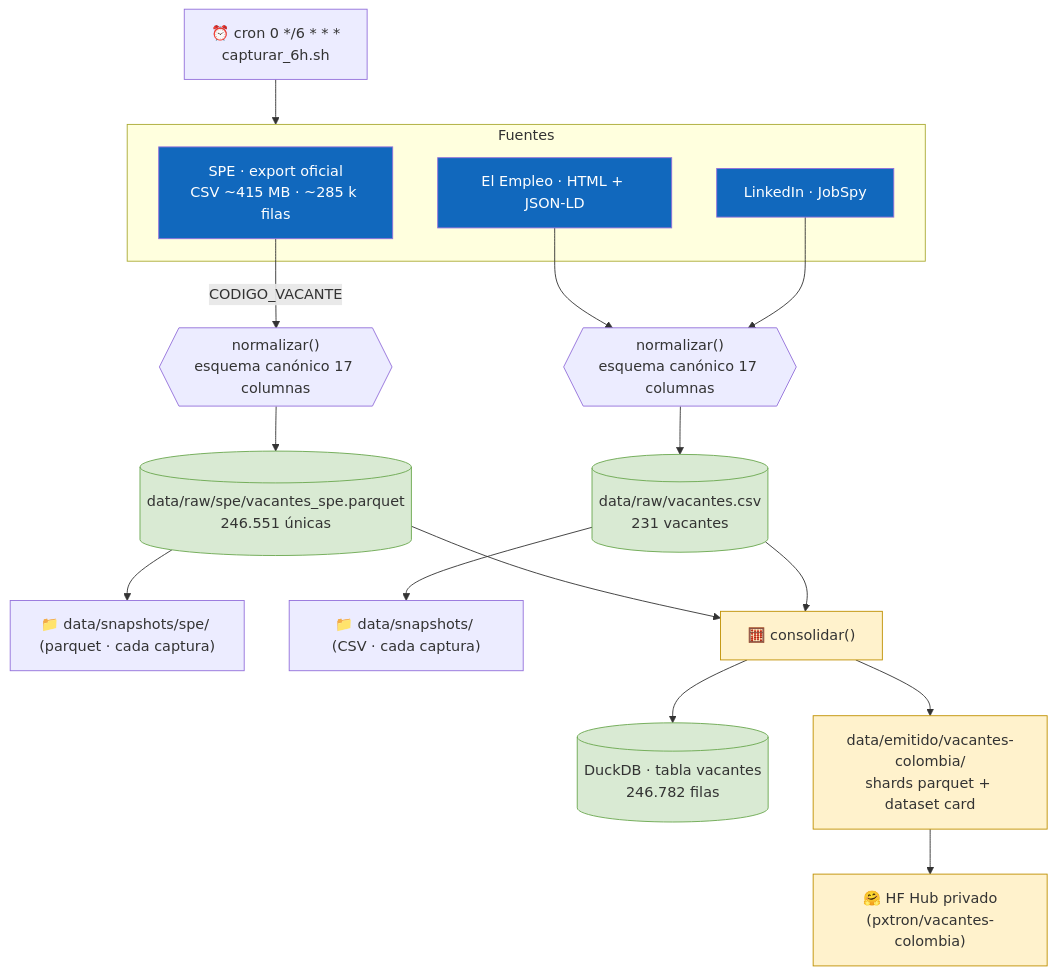
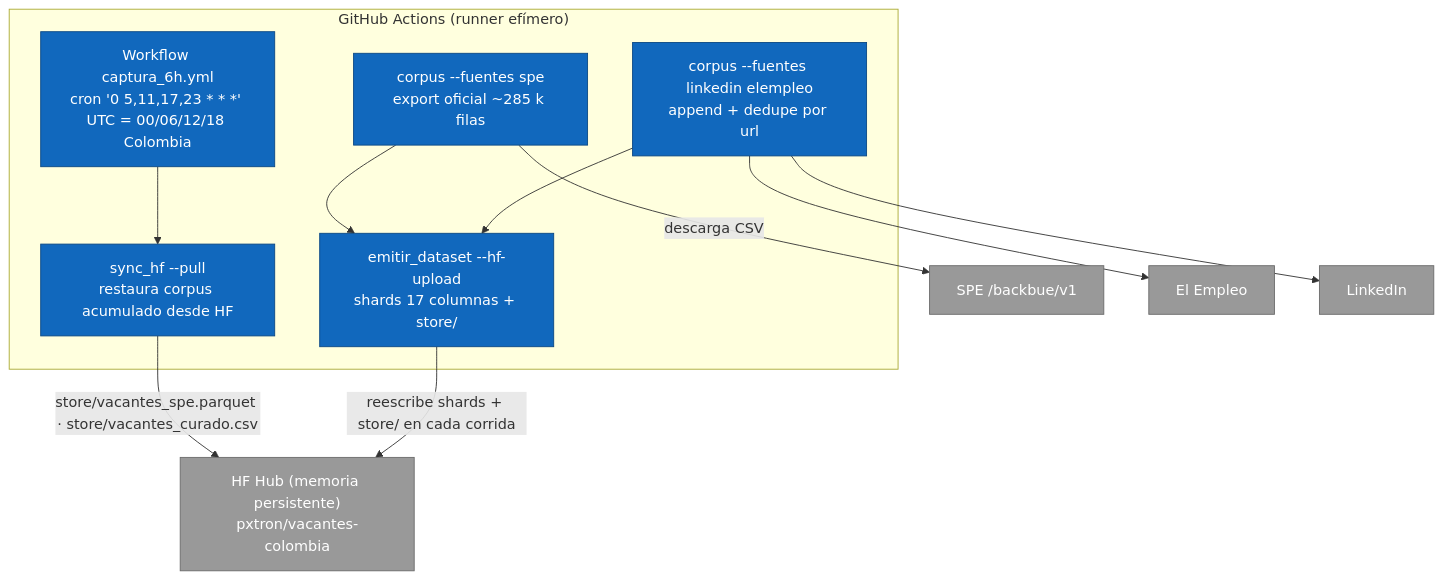
Before and after one commit to shalom-A26/SEXTANTE: the second of 3 diagrams in README.md, drawn with Mermaid. The commit also changed other lines of this file and 8 other files, not shown here.

First line of the commit message:
feat: captura en GitHub Actions con Hugging Face como memoria persistente

````diff
--- a/README.md
+++ b/README.md
@@ -75,33 +71,29 @@
 ```mermaid
 flowchart TB
-    subgraph FUENTES[Fuentes]
-        sp["SPE · export oficial<br/>CSV ~415 MB · ~285 k filas"]
-        ee["El Empleo · HTML + JSON-LD"]
-        li["LinkedIn · JobSpy"]
+    subgraph GH["GitHub Actions (runner efímero)"]
+        wf["Workflow captura_6h.yml<br/>cron '0 5,11,17,23 * * *' UTC = 00/06/12/18 Colombia"]
+        pull["sync_hf --pull<br/>restaura corpus acumulado desde HF"]
+        sp["corpus --fuentes spe<br/>export oficial ~285 k filas"]
+        cu["corpus --fuentes linkedin elempleo<br/>append + dedupe por url"]
+        em["emitir_dataset --hf-upload<br/>shards 17 columnas + store/"]
     end
 
-    sp -->|CODIGO_VACANTE| dn{{"normalizar()<br/>esquema canónico 17 columnas"}}
-    ee --> ds{{"normalizar()<br/>esquema canónico 17 columnas"}}
-    li --> ds
+    hub["HF Hub (memoria persistente)<br/>pxtron/vacantes-colombia"]
+    fsp["SPE /backbue/v1"]
+    fee["El Empleo"]
+    fli["LinkedIn"]
 
-    dn --> p1[("data/raw/spe/vacantes_spe.parquet<br/>246.551 únicas")]
-    ds --> p2[("data/raw/vacantes.csv<br/>231 vacantes")]
+    wf --> pull
+    pull -->|"store/vacantes_spe.parquet · store/vacantes_curado.csv"| hub
+    sp -->|"descarga CSV"| fsp
+    cu --> fee
+    cu --> fli
+    sp --> em
+    cu --> em
+    em -->|"reescribe shards + store/ en cada corrida"| hub
 
-    p1 --> snap1["📁 data/snapshots/spe/ (parquet · cada captura)"]
-    p2 --> snap2["📁 data/snapshots/ (CSV · cada captura)"]
-
-    p1 --> cons["🧮 consolidar()"]
-    p2 --> cons
-    cons --> dk[("DuckDB · tabla vacantes<br/>246.782 filas")]
-    cons --> hfdir["data/emitido/vacantes-colombia/<br/>shards parquet + dataset card"]
-    hfdir --> hub["🤗 HF Hub privado<br/>(pxtron/vacantes-colombia)"]
-
-    cron["⏰ cron 0 */6 * * *<br/>capturar_6h.sh"] --> FUENTES
-
-    classDef dfuente fill:#1168bd,color:#fff;
-    classDef dstore fill:#d9ead3,stroke:#6aa84f;
-    classDef demit fill:#fff2cc,stroke:#bf9000;
-    class sp,ee,li dfuente;
-    class p1,p2,dk dstore;
-    class hfdir,hub,cons demit;
+    classDef nube fill:#1168bd,color:#fff,stroke:#0b4884;
+    classDef ext fill:#999999,color:#fff,stroke:#6b6b6b;
+    class wf,pull,sp,cu,em nube;
+    class hub,fsp,fee,fli ext;
 ```
````
